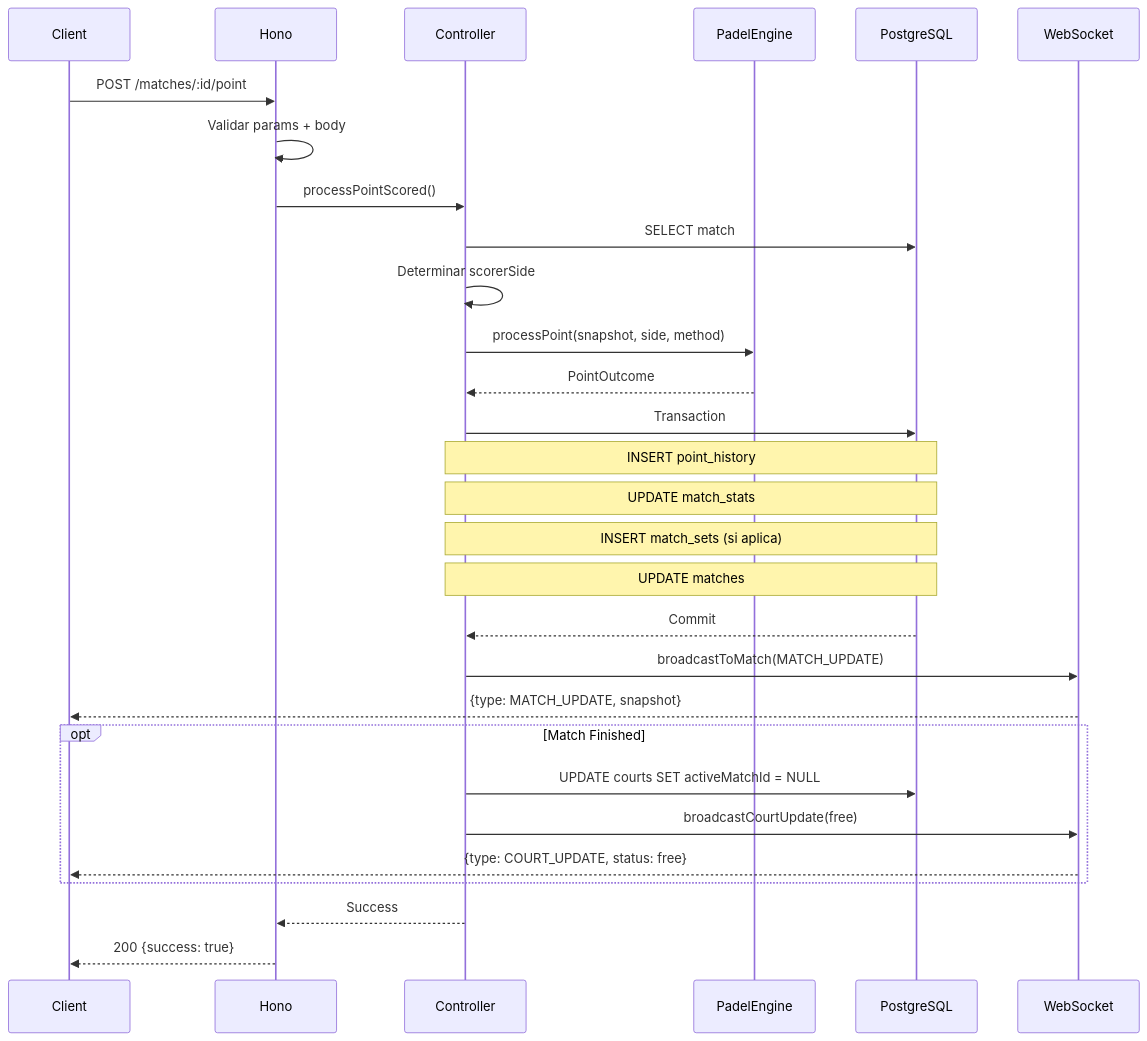
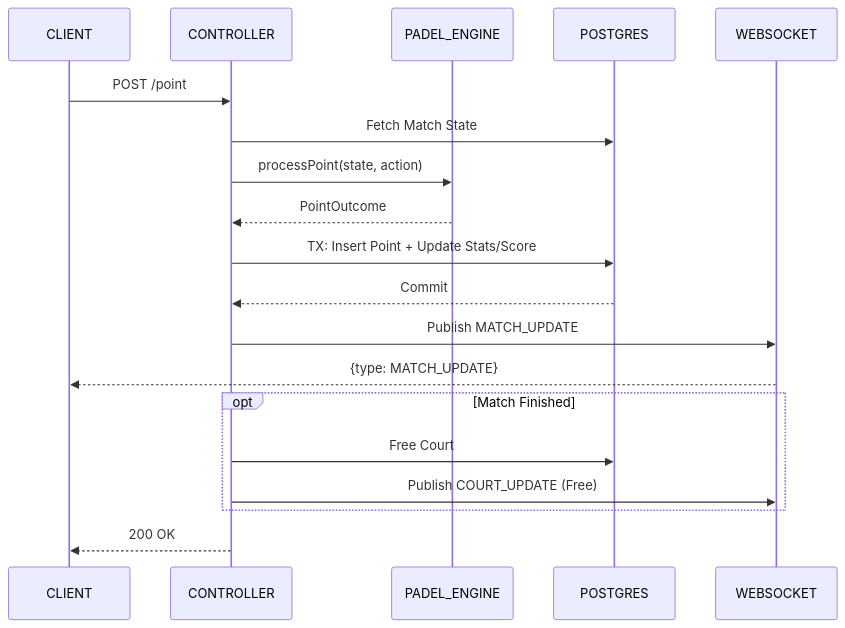
Before and after one commit to samuhlo-training/padel-counters: the fourth of 7 diagrams in docs/CURRENT_STATE_DOCS.md, drawn with Mermaid. The commit also changed other lines of this file and 21 other files, not shown here.

Commit message:
feat: Implement a match simulator, enhance match management with filtering and status, refine padel scoring logic, and update project documentation and identity.

````diff
--- a/docs/CURRENT_STATE_DOCS.md
+++ b/docs/CURRENT_STATE_DOCS.md
@@ -169,32 +154,22 @@
 ```mermaid
 sequenceDiagram
-    participant C as Client
-    participant H as Hono
-    participant CTRL as Controller
-    participant ENGINE as PadelEngine
-    participant DB as PostgreSQL
-    participant WS as WebSocket
+    participant C as CLIENT
+    participant CTRL as CONTROLLER
+    participant ENGINE as PADEL_ENGINE
+    participant DB as POSTGRES
+    participant WS as WEBSOCKET
 
-    C->>H: POST /matches/:id/point
-    H->>H: Validar params + body
-    H->>CTRL: processPointScored()
-    CTRL->>DB: SELECT match
-    CTRL->>CTRL: Determinar scorerSide
-    CTRL->>ENGINE: processPoint(snapshot, side, method)
+    C->>CTRL: POST /point
+    CTRL->>DB: Fetch Match State
+    CTRL->>ENGINE: processPoint(state, action)
     ENGINE-->>CTRL: PointOutcome
-    CTRL->>DB: Transaction
-    Note over CTRL,DB: INSERT point_history
-    Note over CTRL,DB: UPDATE match_stats
-    Note over CTRL,DB: INSERT match_sets (si aplica)
-    Note over CTRL,DB: UPDATE matches
+    CTRL->>DB: TX: Insert Point + Update Stats/Score
     DB-->>CTRL: Commit
-    CTRL->>WS: broadcastToMatch(MATCH_UPDATE)
-    WS-->>C: {type: MATCH_UPDATE, snapshot}
+    CTRL->>WS: Publish MATCH_UPDATE
+    WS-->>C: {type: MATCH_UPDATE}
     opt Match Finished
-        CTRL->>DB: UPDATE courts SET activeMatchId = NULL
-        CTRL->>WS: broadcastCourtUpdate(free)
-        WS-->>C: {type: COURT_UPDATE, status: free}
+        CTRL->>DB: Free Court
+        CTRL->>WS: Publish COURT_UPDATE (Free)
     end
-    CTRL-->>H: Success
-    H-->>C: 200 {success: true}
+    CTRL-->>C: 200 OK
 ```
````
